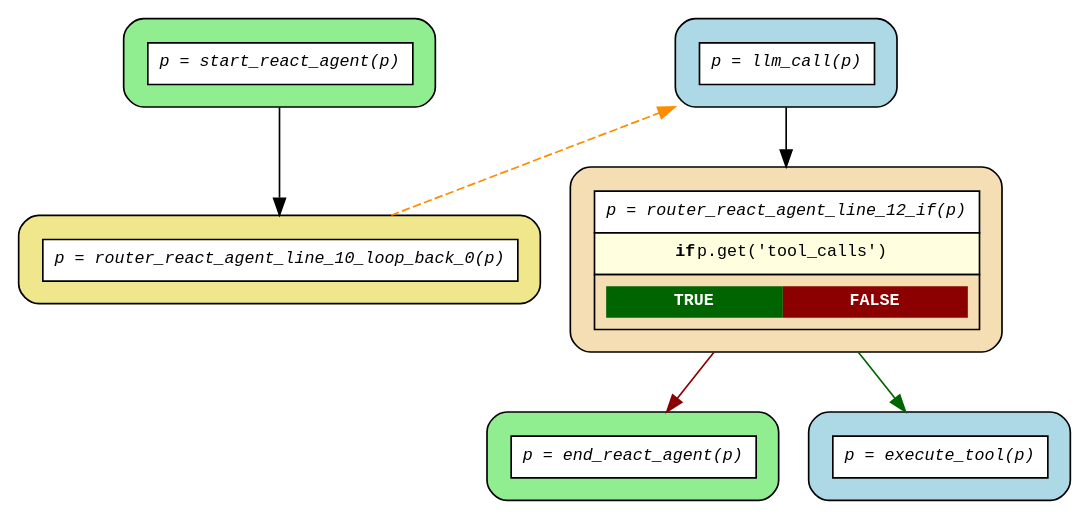
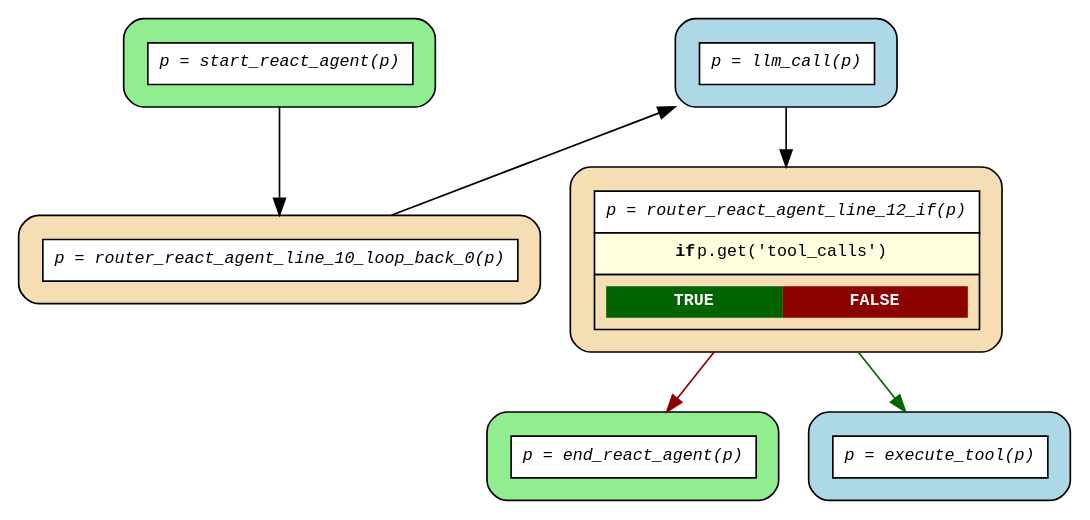
The diagram in examples/flows/compiled/while_react_loop/flow.dot (deliveryhero/asya), drawn with Graphviz before and after one commit. The commit also changed 27 other files, not shown here.

```diff
--- a/examples/flows/compiled/while_react_loop/flow.dot
+++ b/examples/flows/compiled/while_react_loop/flow.dot
@@ -1,19 +1,19 @@
 digraph flow {
   rankdir=TB;
   graph [fontname="Courier", fontsize=10];
   node [fontname="Courier", fontsize=10, shape=box, style="filled,rounded", margin="0.2"];
   edge [fontname="Courier", fontsize=10];
 
   start_react_agent [fillcolor="lightgreen", label=<<table border="0" cellspacing="0" cellpadding="6" cellborder="1"><tr><td bgcolor="white" align="center"><i>p = start_react_agent(p)</i></td></tr></table>>];
   router_react_agent_line_12_if [fillcolor="wheat", label=<<table border="0" cellspacing="0" cellpadding="6" cellborder="1"><tr><td bgcolor="white" align="center"><i>p = router_react_agent_line_12_if(p)</i></td></tr><tr><td bgcolor="lightyellow"><b>if</b> p.get('tool_calls')</td></tr><tr><td><table border="0" cellspacing="0" cellpadding="4"><tr><td bgcolor="darkgreen"><font color="white"><b>TRUE</b></font></td><td bgcolor="darkred"><font color="white"><b>FALSE</b></font></td></tr></table></td></tr></table>>];
-  router_react_agent_line_10_loop_back_0 [fillcolor="khaki", label=<<table border="0" cellspacing="0" cellpadding="6" cellborder="1"><tr><td bgcolor="white" align="center"><i>p = router_react_agent_line_10_loop_back_0(p)</i></td></tr></table>>];
+  router_react_agent_line_10_loop_back_0 [fillcolor="wheat", label=<<table border="0" cellspacing="0" cellpadding="6" cellborder="1"><tr><td bgcolor="white" align="center"><i>p = router_react_agent_line_10_loop_back_0(p)</i></td></tr></table>>];
   end_react_agent [fillcolor="lightgreen", label=<<table border="0" cellspacing="0" cellpadding="6" cellborder="1"><tr><td bgcolor="white" align="center"><i>p = end_react_agent(p)</i></td></tr></table>>];
   execute_tool [fillcolor="lightblue", label=<<table border="0" cellspacing="0" cellpadding="6" cellborder="1"><tr><td bgcolor="white" align="center"><i>p = execute_tool(p)</i></td></tr></table>>];
   llm_call [fillcolor="lightblue", label=<<table border="0" cellspacing="0" cellpadding="6" cellborder="1"><tr><td bgcolor="white" align="center"><i>p = llm_call(p)</i></td></tr></table>>];
 
   llm_call -> router_react_agent_line_12_if;
-  router_react_agent_line_10_loop_back_0 -> llm_call [style=dashed, color=darkorange, constraint=false];
+  router_react_agent_line_10_loop_back_0 -> llm_call [constraint=false];
   router_react_agent_line_12_if -> end_react_agent [color=darkred];
   router_react_agent_line_12_if -> execute_tool [color=darkgreen];
   start_react_agent -> router_react_agent_line_10_loop_back_0;
 }
```
